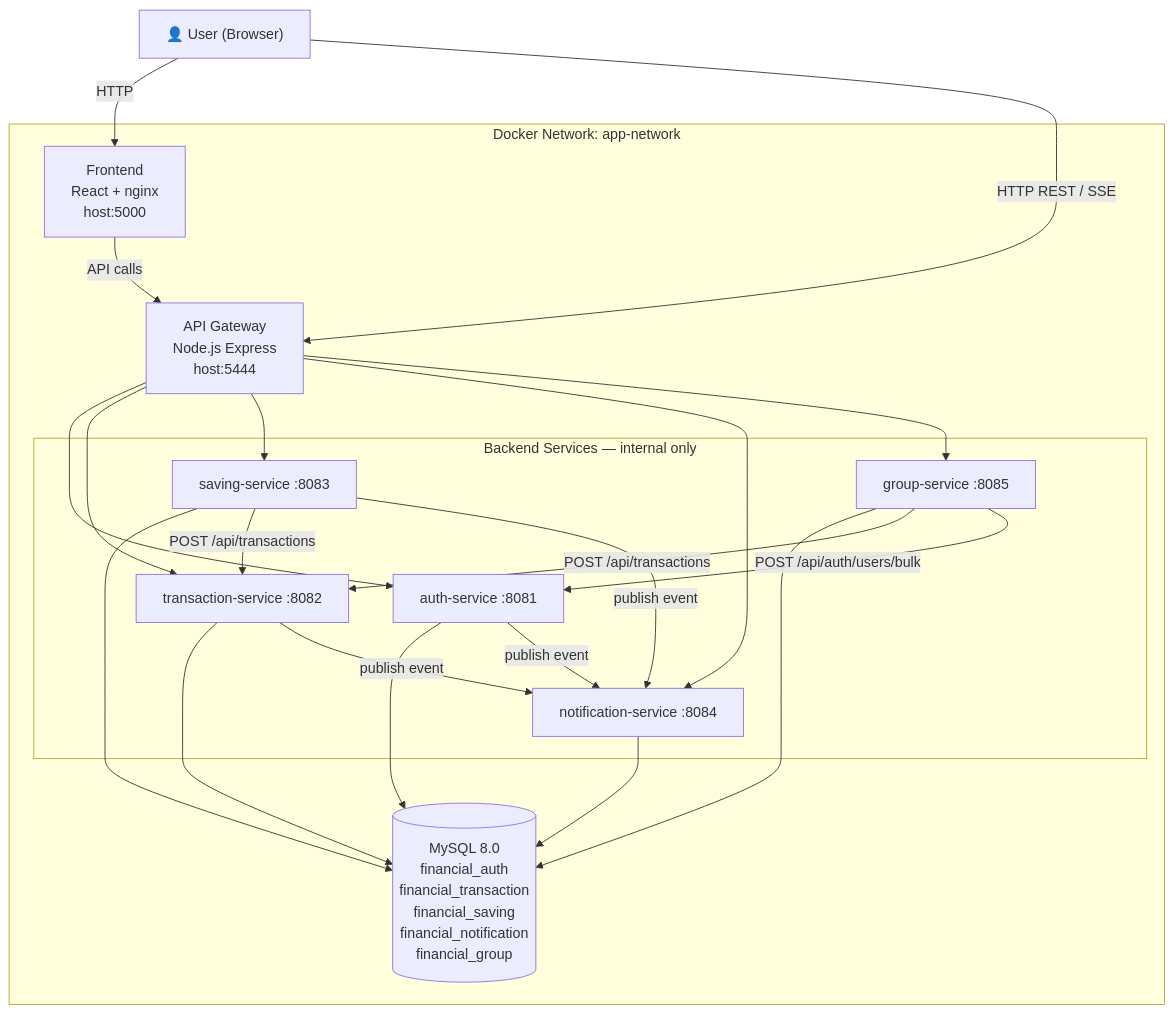
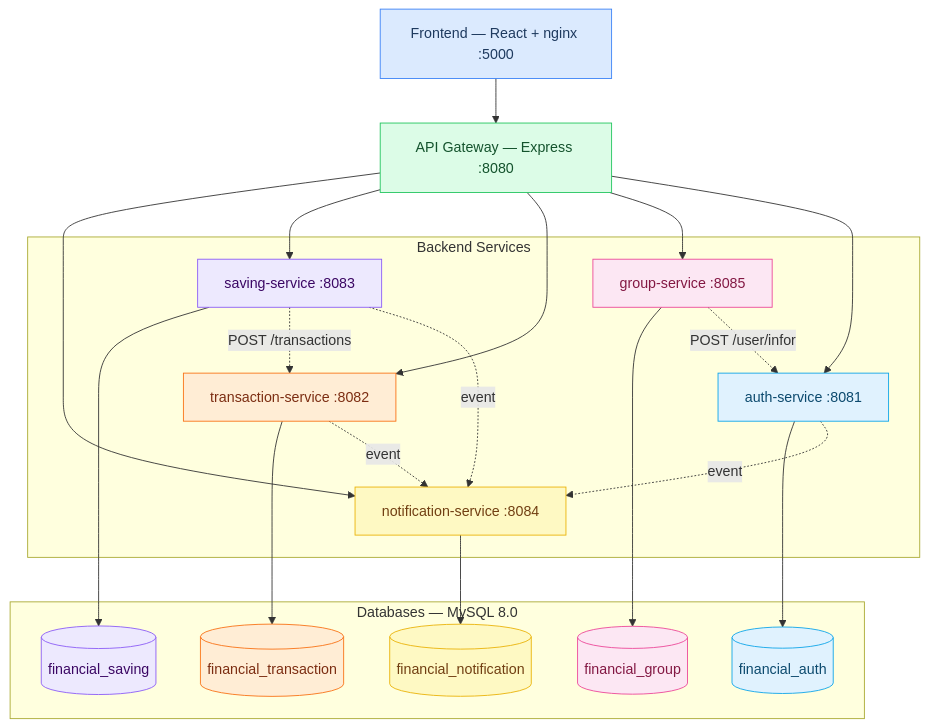
Before and after one commit to phanduy2310/Financial-Management: the diagram in README.md, drawn with Mermaid. The commit also changed other lines of this file and 3 other files, not shown here.

````diff
--- a/README.md
+++ b/README.md
@@ -34,42 +44,53 @@
 ```mermaid
-graph TB
-    User["👤 User (Browser)"]
+flowchart TD
+    FE["Frontend — React + nginx :5000"]
+    GW["API Gateway — Express :8080"]
 
-    subgraph app-network [Docker Network: app-network]
-        FE["Frontend\nReact + nginx\nhost:5000"]
-        GW["API Gateway\nNode.js Express\nhost:5444"]
-
-        subgraph services [Backend Services — internal only]
-            AUTH["auth-service :8081"]
-            TRANS["transaction-service :8082"]
-            SAVING["saving-service :8083"]
-            NOTIFY["notification-service :8084"]
-            GROUP["group-service :8085"]
-        end
-
-        DB[("MySQL 8.0\nfinancial_auth\nfinancial_transaction\nfinancial_saving\nfinancial_notification\nfinancial_group")]
+    subgraph Services["Backend Services"]
+        NOTIFY["notification-service :8084"]
+        SAVING["saving-service :8083"]
+        TRANS["transaction-service :8082"]
+        GROUP["group-service :8085"]
+        AUTH["auth-service :8081"]
     end
 
-    User -->|HTTP| FE
-    User -->|HTTP REST / SSE| GW
-    FE -->|API calls| GW
+    subgraph DBs["Databases — MySQL 8.0"]
+        DB_NOTIFY[("financial_notification")]
+        DB_SAVING[("financial_saving")]
+        DB_TRANS[("financial_transaction")]
+        DB_GROUP[("financial_group")]
+        DB_AUTH[("financial_auth")]
+    end
 
+    FE --> GW
+    GW --> NOTIFY
+    GW --> SAVING
+    GW --> TRANS
+    GW --> GROUP
     GW --> AUTH
-    GW --> TRANS
-    GW --> SAVING
-    GW --> NOTIFY
-    GW --> GROUP
 
-    AUTH --> DB
-    TRANS --> DB
-    SAVING --> DB
-    NOTIFY --> DB
-    GROUP --> DB
+    NOTIFY --> DB_NOTIFY
+    SAVING --> DB_SAVING
+    TRANS --> DB_TRANS
+    GROUP --> DB_GROUP
+    AUTH --> DB_AUTH
 
-    SAVING -->|"POST /api/transactions"| TRANS
-    GROUP -->|"POST /api/transactions"| TRANS
-    GROUP -->|"POST /api/auth/users/bulk"| AUTH
-    AUTH -->|"publish event"| NOTIFY
-    TRANS -->|"publish event"| NOTIFY
-    SAVING -->|"publish event"| NOTIFY
+    SAVING -.->|POST /transactions| TRANS
+    GROUP -.->|POST /user/infor| AUTH
+    AUTH -.->|event| NOTIFY
+    TRANS -.->|event| NOTIFY
+    SAVING -.->|event| NOTIFY
+
+    style FE fill:#dbeafe,stroke:#3b82f6,color:#1e3a5f
+    style GW fill:#dcfce7,stroke:#22c55e,color:#14532d
+    style NOTIFY fill:#fef9c3,stroke:#eab308,color:#713f12
+    style SAVING fill:#ede9fe,stroke:#8b5cf6,color:#3b0764
+    style TRANS fill:#ffedd5,stroke:#f97316,color:#7c2d12
+    style GROUP fill:#fce7f3,stroke:#ec4899,color:#831843
+    style AUTH fill:#e0f2fe,stroke:#0ea5e9,color:#0c4a6e
+    style DB_NOTIFY fill:#fef9c3,stroke:#eab308,color:#713f12
+    style DB_SAVING fill:#ede9fe,stroke:#8b5cf6,color:#3b0764
+    style DB_TRANS fill:#ffedd5,stroke:#f97316,color:#7c2d12
+    style DB_GROUP fill:#fce7f3,stroke:#ec4899,color:#831843
+    style DB_AUTH fill:#e0f2fe,stroke:#0ea5e9,color:#0c4a6e
 ```
````
